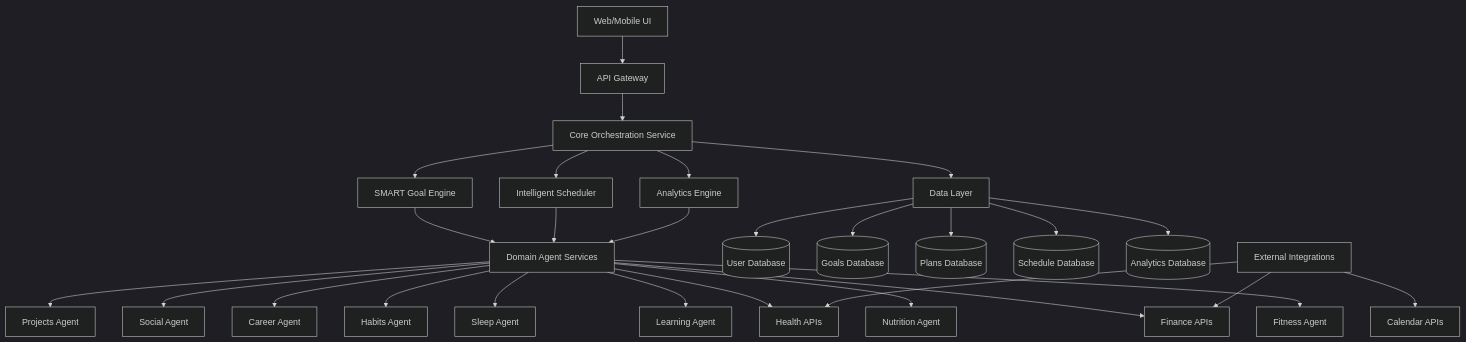
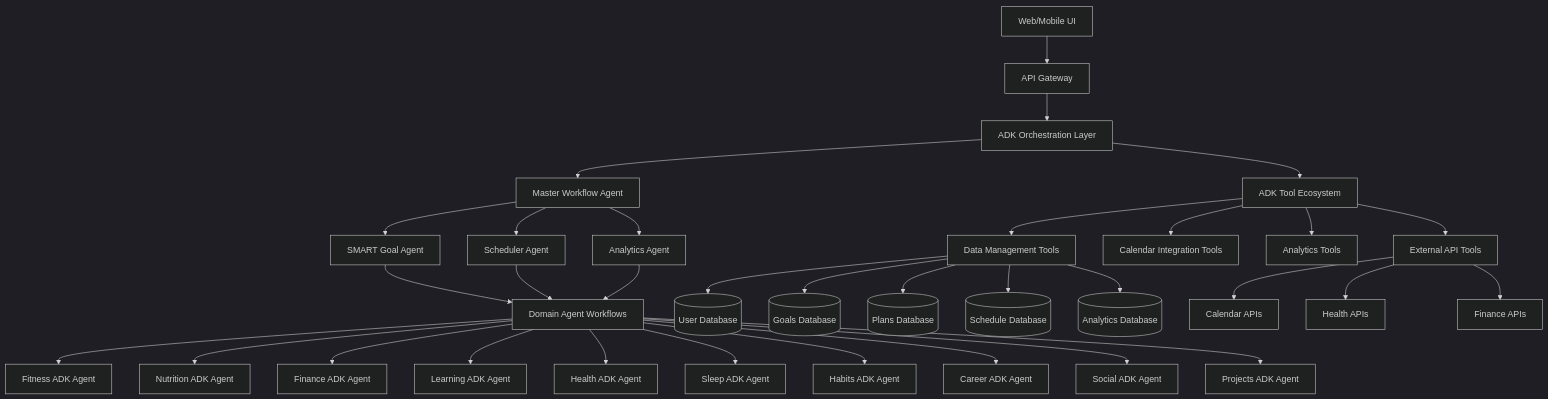
One commit to Samuelmm97/ai-life-assistant changed the diagram in .kiro/specs/ai-life-assistant/design.md. Above: the diagram before and after it, drawn with Mermaid (dark theme). The commit also changed other lines of this file and 106 other files, not shown here.

````diff
--- a/.kiro/specs/ai-life-assistant/design.md
+++ b/.kiro/specs/ai-life-assistant/design.md
@@ -13,35 +13,41 @@
 ```mermaid
 graph TB
     UI[Web/Mobile UI] --> API[API Gateway]
-    API --> Core[Core Orchestration Service]
+    API --> ADKOrchestrator[ADK Orchestration Layer]
     
-    Core --> SMART[SMART Goal Engine]
-    Core --> Scheduler[Intelligent Scheduler]
-    Core --> Analytics[Analytics Engine]
+    ADKOrchestrator --> MasterAgent[Master Workflow Agent]
+    MasterAgent --> SMARTAgent[SMART Goal Agent]
+    MasterAgent --> SchedulerAgent[Scheduler Agent]
+    MasterAgent --> AnalyticsAgent[Analytics Agent]
     
-    SMART --> DomainAgents[Domain Agent Services]
-    Scheduler --> DomainAgents
-    Analytics --> DomainAgents
+    SMARTAgent --> DomainWorkflow[Domain Agent Workflows]
+    SchedulerAgent --> DomainWorkflow
+    AnalyticsAgent --> DomainWorkflow
     
-    DomainAgents --> Fitness[Fitness Agent]
-    DomainAgents --> Nutrition[Nutrition Agent]
-    DomainAgents --> Finance[Finance Agent]
-    DomainAgents --> Learning[Learning Agent]
-    DomainAgents --> Health[Health Agent]
-    DomainAgents --> Sleep[Sleep Agent]
-    DomainAgents --> Habits[Habits Agent]
-    DomainAgents --> Career[Career Agent]
-    DomainAgents --> Social[Social Agent]
-    DomainAgents --> Projects[Projects Agent]
+    DomainWorkflow --> FitnessAgent[Fitness ADK Agent]
+    DomainWorkflow --> NutritionAgent[Nutrition ADK Agent]
+    DomainWorkflow --> FinanceAgent[Finance ADK Agent]
+    DomainWorkflow --> LearningAgent[Learning ADK Agent]
+    DomainWorkflow --> HealthAgent[Health ADK Agent]
+    DomainWorkflow --> SleepAgent[Sleep ADK Agent]
+    DomainWorkflow --> HabitsAgent[Habits ADK Agent]
+    DomainWorkflow --> CareerAgent[Career ADK Agent]
+    DomainWorkflow --> SocialAgent[Social ADK Agent]
+    DomainWorkflow --> ProjectsAgent[Projects ADK Agent]
     
-    Core --> DataLayer[Data Layer]
-    DataLayer --> UserDB[(User Database)]
-    DataLayer --> GoalsDB[(Goals Database)]
-    DataLayer --> PlansDB[(Plans Database)]
-    DataLayer --> ScheduleDB[(Schedule Database)]
-    DataLayer --> AnalyticsDB[(Analytics Database)]
+    ADKOrchestrator --> ADKTools[ADK Tool Ecosystem]
+    ADKTools --> DataTools[Data Management Tools]
+    ADKTools --> CalendarTools[Calendar Integration Tools]
+    ADKTools --> AnalyticsTools[Analytics Tools]
+    ADKTools --> ExternalTools[External API Tools]
     
-    External[External Integrations] --> Calendar[Calendar APIs]
-    External --> Health[Health APIs]
-    External --> Finance[Finance APIs]
+    DataTools --> UserDB[(User Database)]
+    DataTools --> GoalsDB[(Goals Database)]
+    DataTools --> PlansDB[(Plans Database)]
+    DataTools --> ScheduleDB[(Schedule Database)]
+    DataTools --> AnalyticsDB[(Analytics Database)]
+    
+    ExternalTools --> Calendar[Calendar APIs]
+    ExternalTools --> Health[Health APIs]
+    ExternalTools --> Finance[Finance APIs]
 ```
````
